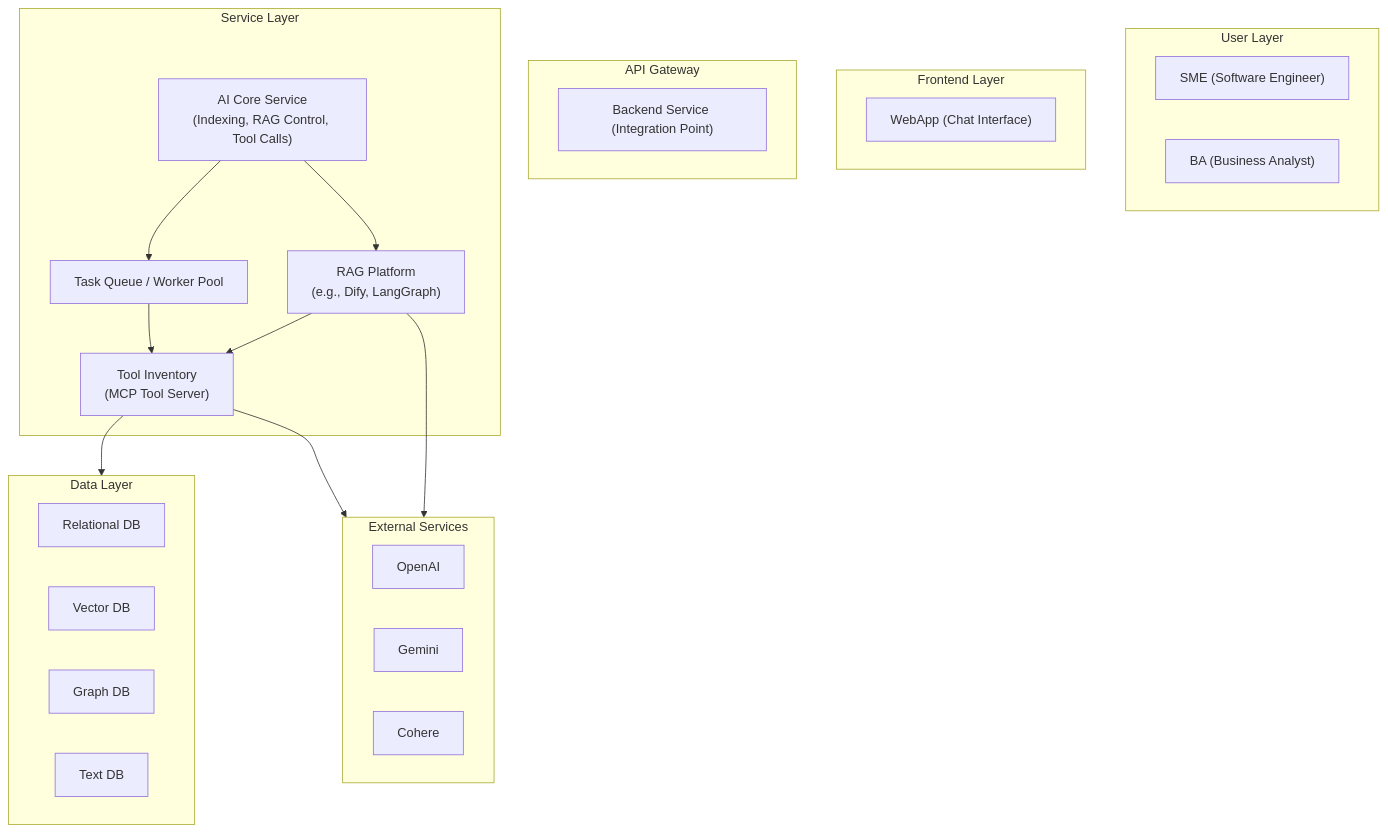
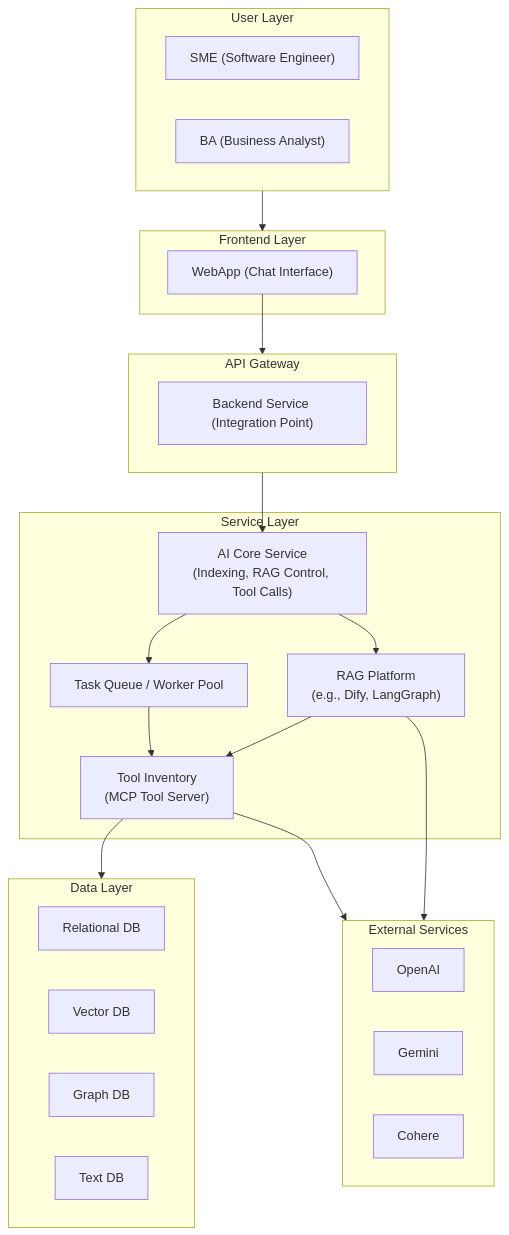
Before and after one commit to anhttmle/CAIO: the second of 3 diagrams in Project Assistant/README.md, drawn with Mermaid. The commit also changed other lines of this file, not shown here.

````diff
--- a/Project Assistant/README.md
+++ b/Project Assistant/README.md
@@ -28,46 +28,50 @@
 ```mermaid
 
 graph TB
     subgraph LUser["User Layer"]
         SME["SME (Software Engineer)"]
         BA["BA (Business Analyst)"]
     end
 
     subgraph LFrontend["Frontend Layer"]
         WebApp["WebApp (Chat Interface)"]
     end
 
     subgraph LAPI["API Gateway"]
         BE["Backend Service (Integration Point)"]
     end
 
     subgraph LService["Service Layer"]
         AI["AI Core Service<br>(Indexing, RAG Control, Tool Calls)"]
         Worker["Task Queue / Worker Pool"]
         RAGPlatform["RAG Platform<br>(e.g., Dify, LangGraph)"]
         ToolInventory["Tool Inventory<br>(MCP Tool Server)"]
     end
 
     subgraph LData["Data Layer"]
         RelDB["Relational DB"]
         VecDB["Vector DB"]
         GraphDB["Graph DB"]
         TextDB["Text DB"]
     end
 
     subgraph LExternal["External Services"]
         OpenAI["OpenAI"]
         Gemini["Gemini"]
         Cohere["Cohere"]
     end
 
+    LUser --> LFrontend
+    WebApp --> LAPI
+    LAPI --> AI
+
     AI --> RAGPlatform
     AI --> Worker
     Worker --> ToolInventory
     RAGPlatform --> ToolInventory
 
     ToolInventory --> LData
     ToolInventory --> LExternal
     RAGPlatform --> LExternal
 
 ```
````
